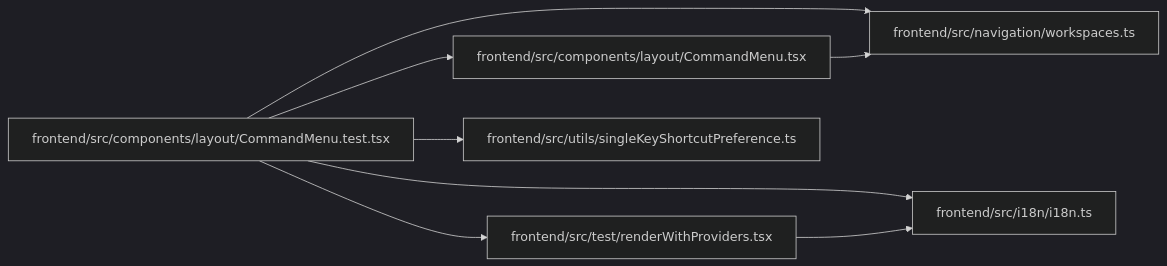
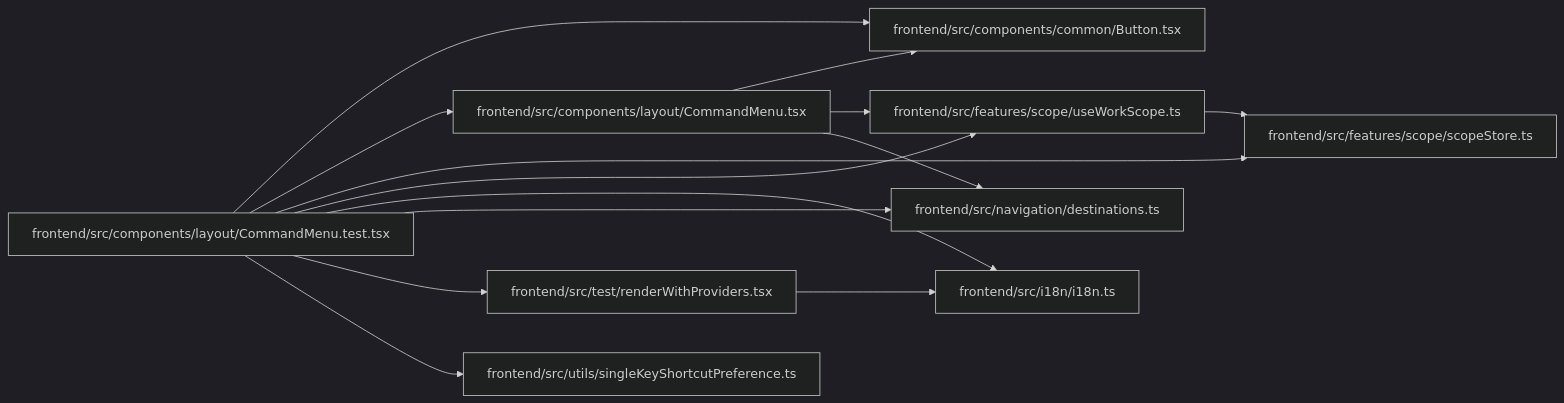
Before and after one commit to Denissvgn/WorkChord: the diagram in docs/llm_wiki/modules/CommandMenu.test.md, drawn with Mermaid (dark theme). The commit also changed other lines of this file and 2373 other files, not shown here.

````diff
--- a/docs/llm_wiki/modules/CommandMenu.test.md
+++ b/docs/llm_wiki/modules/CommandMenu.test.md
@@ -32,22 +35,34 @@
 ```mermaid
 flowchart LR
-    n0["frontend/src/components/layout/CommandMenu.test.tsx"]
-    n1["frontend/src/components/layout/CommandMenu.tsx"]
-    n2["frontend/src/i18n/i18n.ts"]
-    n3["frontend/src/navigation/workspaces.ts"]
-    n4["frontend/src/test/renderWithProviders.tsx"]
-    n5["frontend/src/utils/singleKeyShortcutPreference.ts"]
-    n0 --> n1
-    n0 --> n2
-    n0 --> n3
-    n0 --> n4
-    n0 --> n5
+    n0["frontend/src/components/common/Button.tsx"]
+    n1["frontend/src/components/layout/CommandMenu.test.tsx"]
+    n2["frontend/src/components/layout/CommandMenu.tsx"]
+    n3["frontend/src/features/scope/scopeStore.ts"]
+    n4["frontend/src/features/scope/useWorkScope.ts"]
+    n5["frontend/src/i18n/i18n.ts"]
+    n6["frontend/src/navigation/destinations.ts"]
+    n7["frontend/src/test/renderWithProviders.tsx"]
+    n8["frontend/src/utils/singleKeyShortcutPreference.ts"]
+    n1 --> n0
+    n1 --> n2
     n1 --> n3
-    n4 --> n2
-    click n0 "../modules/CommandMenu.test.md"
-    click n1 "../modules/CommandMenu.md"
-    click n2 "../modules/i18n.md"
-    click n3 "../modules/workspaces.md"
-    click n4 "../modules/renderWithProviders.md"
-    click n5 "../modules/singleKeyShortcutPreference.md"
+    n1 --> n4
+    n1 --> n5
+    n1 --> n6
+    n1 --> n7
+    n1 --> n8
+    n2 --> n0
+    n2 --> n4
+    n2 --> n6
+    n4 --> n3
+    n7 --> n5
+    click n0 "../modules/Button.md"
+    click n1 "../modules/CommandMenu.test.md"
+    click n2 "../modules/CommandMenu.md"
+    click n3 "../modules/scopeStore.md"
+    click n4 "../modules/useWorkScope.md"
+    click n5 "../modules/i18n.md"
+    click n6 "../modules/destinations.md"
+    click n7 "../modules/renderWithProviders.md"
+    click n8 "../modules/singleKeyShortcutPreference.md"
 ```
````
